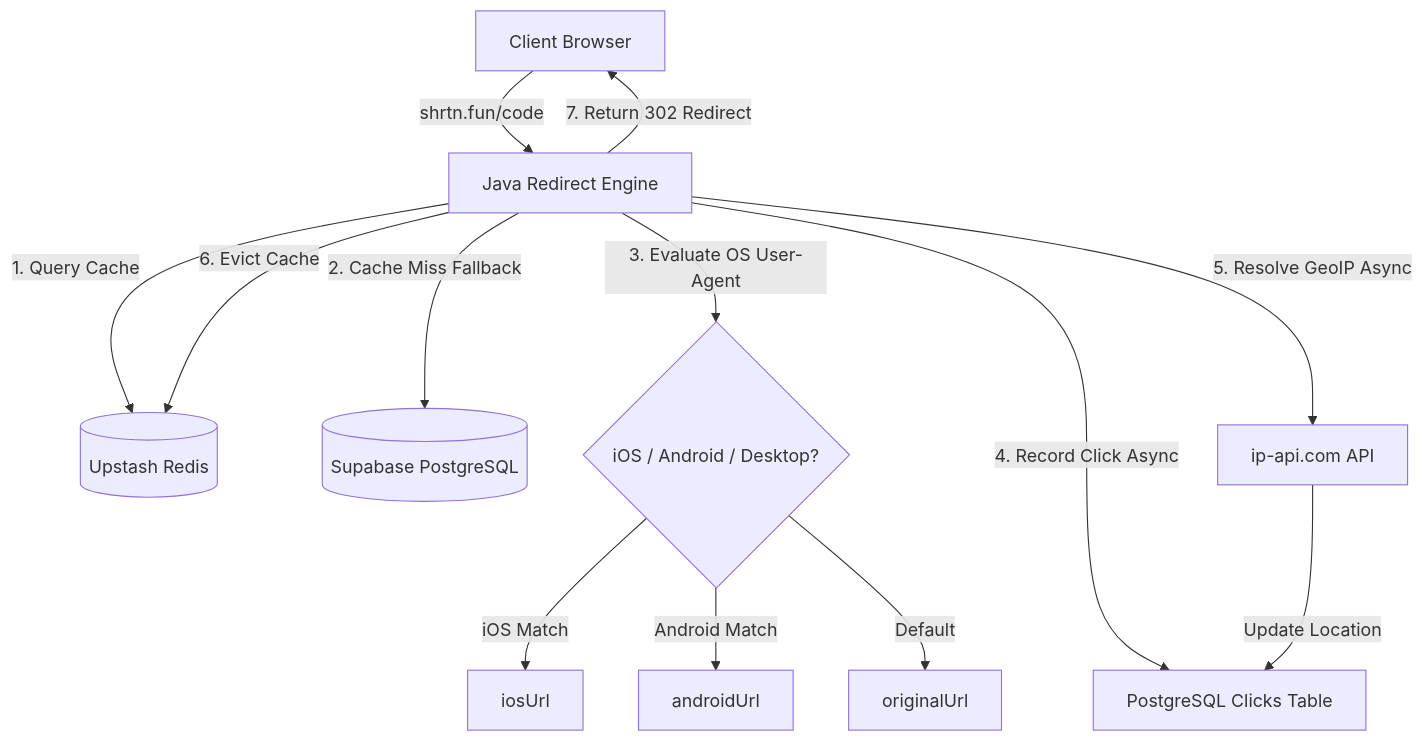
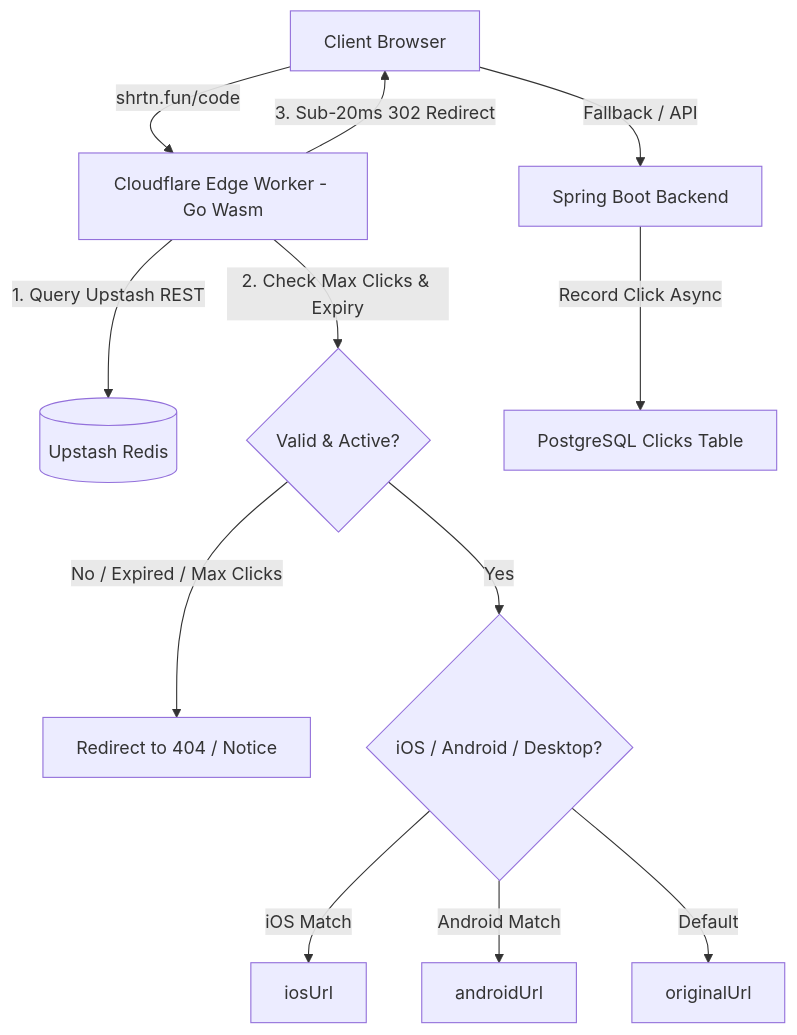
Before and after one commit to CharanMunur/shrtn: the diagram in agy.md, drawn with Mermaid. The commit also changed other lines of this file and 2 other files, not shown here.

Commit message:
docs: update architecture, READMEs, and Go Wasm worker specs

````diff
--- a/agy.md
+++ b/agy.md
@@ -9,15 +9,14 @@
 ```mermaid
 graph TD
-    Client[Client Browser] -->|shrtn.fun/code| RedirectEngine[Java Redirect Engine]
-    RedirectEngine -->|1. Query Cache| Redis[(Upstash Redis)]
-    RedirectEngine -->|2. Cache Miss Fallback| Postgres[(Supabase PostgreSQL)]
-    RedirectEngine -->|3. Evaluate OS User-Agent| DeviceRouting{iOS / Android / Desktop?}
+    Client[Client Browser] -->|shrtn.fun/code| CloudflareEdge[Cloudflare Edge Worker - Go Wasm]
+    CloudflareEdge -->|1. Query Upstash REST| Redis[(Upstash Redis)]
+    CloudflareEdge -->|2. Check Max Clicks & Expiry| Validate{Valid & Active?}
+    Validate -->|No / Expired / Max Clicks| Deactivated[Redirect to 404 / Notice]
+    Validate -->|Yes| DeviceRouting{iOS / Android / Desktop?}
     DeviceRouting -->|iOS Match| TargetIOS[iosUrl]
     DeviceRouting -->|Android Match| TargetAndroid[androidUrl]
     DeviceRouting -->|Default| TargetWeb[originalUrl]
-    RedirectEngine -->|4. Record Click Async| DBWrite[PostgreSQL Clicks Table]
-    RedirectEngine -->|5. Resolve GeoIP Async| IPAPI[ip-api.com API]
-    IPAPI -->|Update Location| DBWrite
-    RedirectEngine -->|6. Evict Cache| Redis
-    RedirectEngine -->|7. Return 302 Redirect| Client
+    CloudflareEdge -->|3. Sub-20ms 302 Redirect| Client
+    Client -->|Fallback / API| SpringBoot[Spring Boot Backend]
+    SpringBoot -->|Record Click Async| DBWrite[PostgreSQL Clicks Table]
 ```
````
